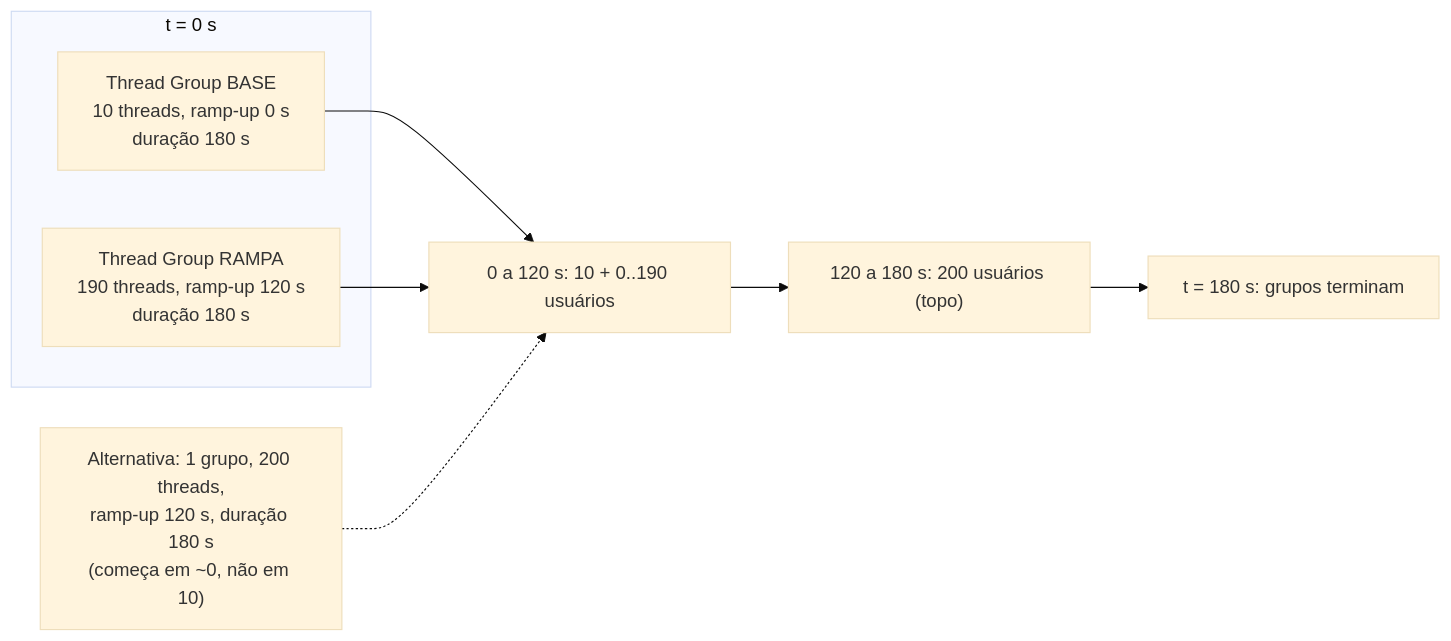
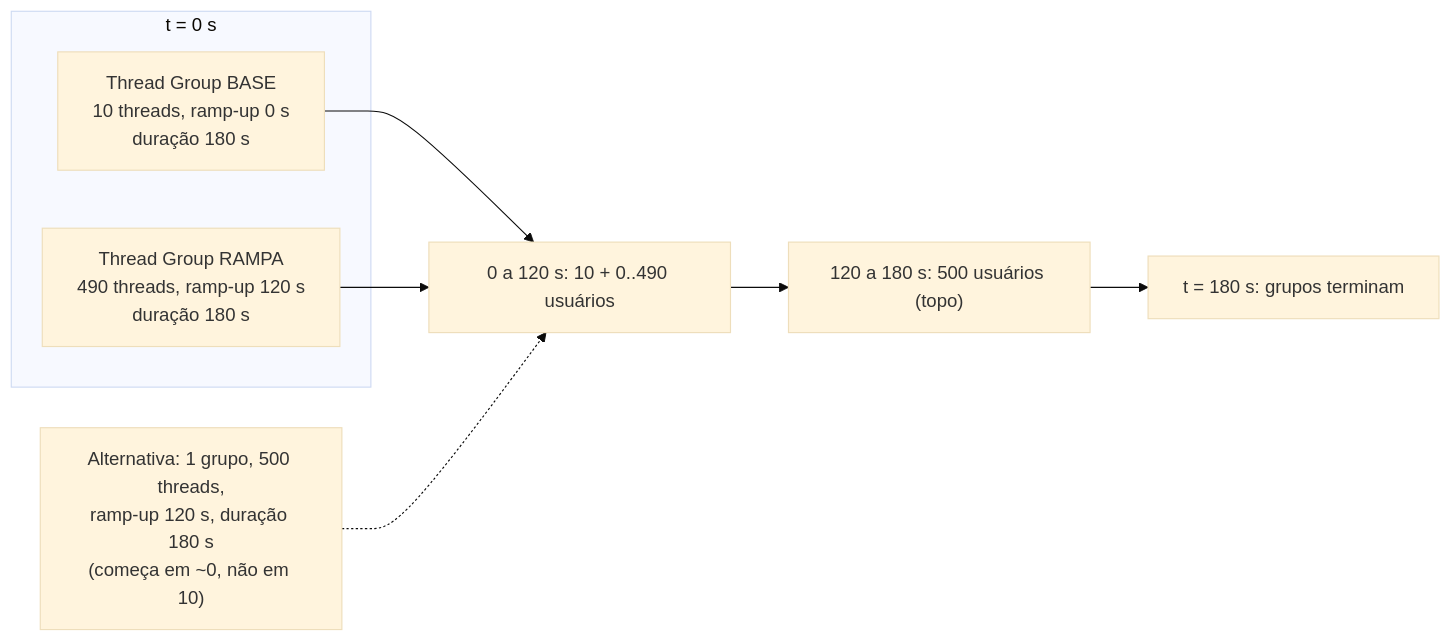
Before and after one commit to giovanebarcelos/gqs-sandbox: the diagram in class20B/diagrams/GQS20B-RampaEstresse.mmd, drawn with Mermaid (base theme). The commit also changed 44 other files, not shown here.

```diff
--- a/class20B/diagrams/GQS20B-RampaEstresse.mmd
+++ b/class20B/diagrams/GQS20B-RampaEstresse.mmd
@@ -1,11 +1,11 @@
-%% Q16 — rampa de 10 a 200 usuários em 2 min, mantida por 1 min (duração total 180 s)
+%% Q16 do Simulado da A1 — rampa de 10 a 500 usuários em 2 min, mantida por 1 min (duração total 180 s)
 flowchart LR
     subgraph T0["t = 0 s"]
         B["Thread Group BASE<br/>10 threads, ramp-up 0 s<br/>duração 180 s"]
-        R["Thread Group RAMPA<br/>190 threads, ramp-up 120 s<br/>duração 180 s"]
+        R["Thread Group RAMPA<br/>490 threads, ramp-up 120 s<br/>duração 180 s"]
     end
-    B --> S1["0 a 120 s: 10 + 0..190 usuários"]
+    B --> S1["0 a 120 s: 10 + 0..490 usuários"]
     R --> S1
-    S1 --> S2["120 a 180 s: 200 usuários (topo)"]
+    S1 --> S2["120 a 180 s: 500 usuários (topo)"]
     S2 --> F["t = 180 s: grupos terminam"]
-    A["Alternativa: 1 grupo, 200 threads,<br/>ramp-up 120 s, duração 180 s<br/>(começa em ~0, não em 10)"] -.-> S1
+    A["Alternativa: 1 grupo, 500 threads,<br/>ramp-up 120 s, duração 180 s<br/>(começa em ~0, não em 10)"] -.-> S1
```
